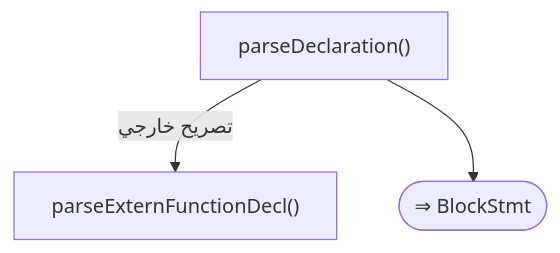
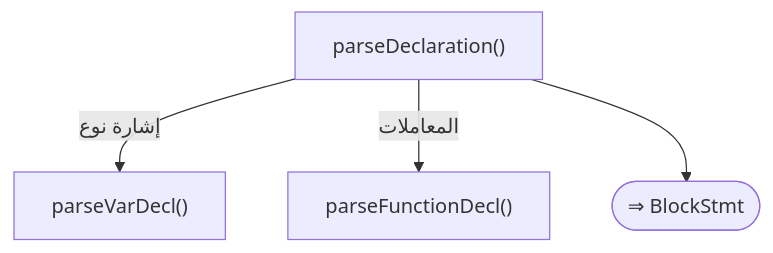
Diagram 38 of 55 in docs/parser_rule/_generated/60_advanced.md (sadlang/sadlang), drawn with Mermaid before and after one commit. The commit also changed other lines of this file and 49 other files, not shown here.

````diff
--- a/docs/parser_rule/_generated/60_advanced.md
+++ b/docs/parser_rule/_generated/60_advanced.md
@@ -1301,8 +1300,10 @@
 ```mermaid
 flowchart TD
   f1["parseDeclaration()"]
-  f2["parseExternFunctionDecl()"]
-  f1 -- "تصريح خارجي" --> f2
-  f3(["⇒ BlockStmt"])
-  f1 --> f3
+  f2["parseVarDecl()"]
+  f1 -- "إشارة نوع" --> f2
+  f3["parseFunctionDecl()"]
+  f1 -- "المعاملات" --> f3
+  f4(["⇒ BlockStmt"])
+  f1 --> f4
 ```
````
